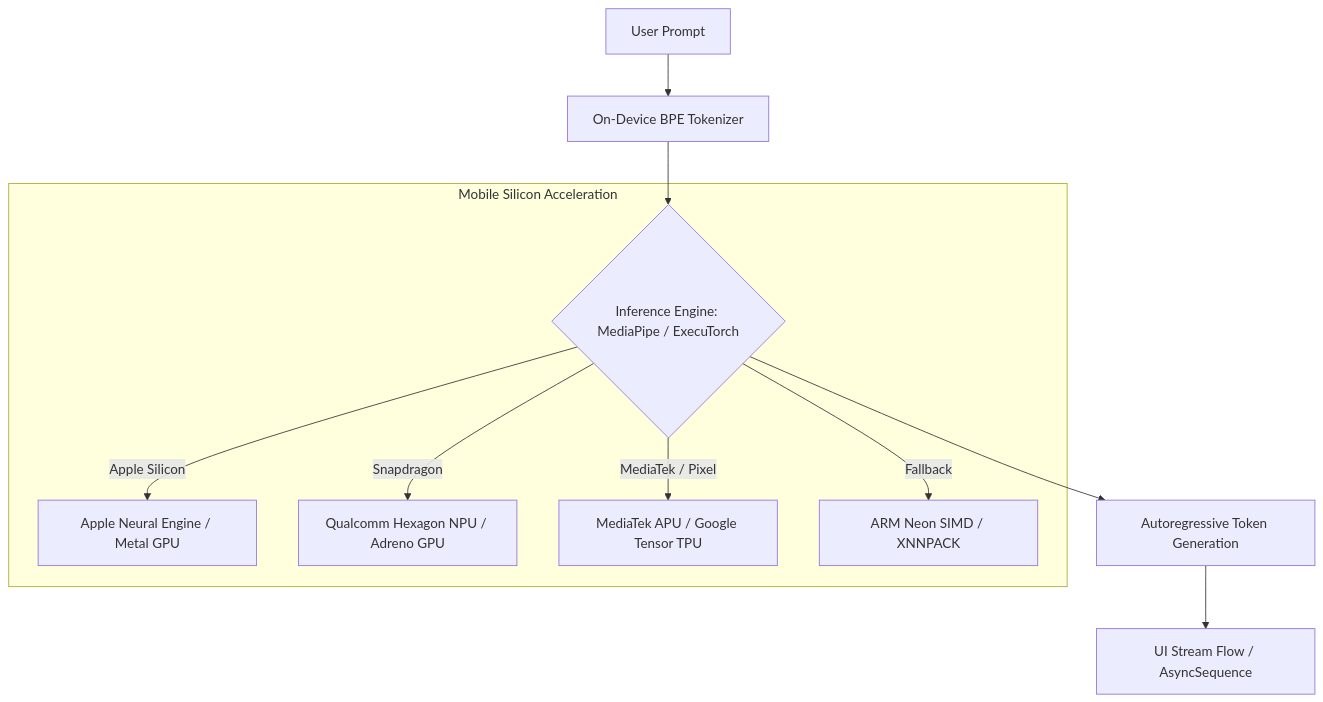
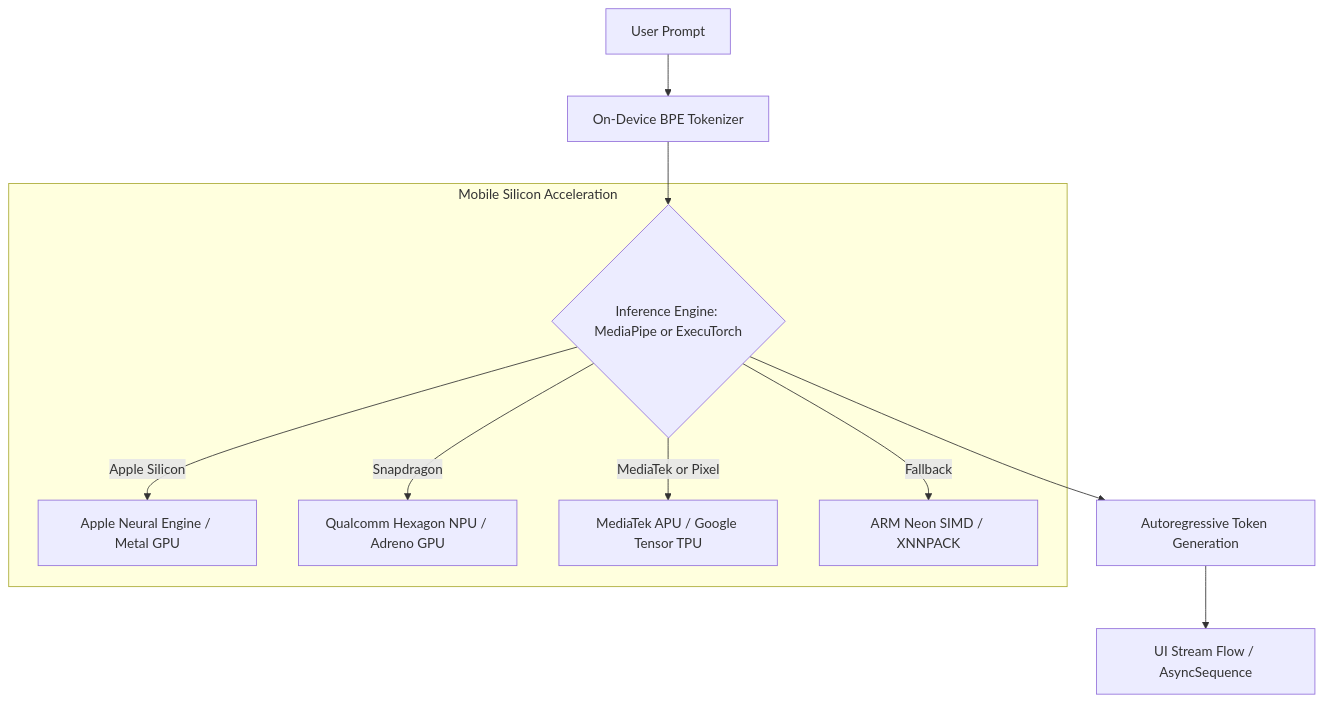
One commit to vennamprasad/awesome-mobile-interviews changed the diagram in engineering/growth-and-internals/06_Local_LLMs_On_Device.md. Above: the diagram before and after it, drawn with Mermaid. The commit also changed 7 other files, not shown here.

Commit message:
fix(growth-and-internals): resolve Mermaid diagram syntax and quoting for GitHub rich display

````diff
--- a/engineering/growth-and-internals/06_Local_LLMs_On_Device.md
+++ b/engineering/growth-and-internals/06_Local_LLMs_On_Device.md
@@ -18,15 +18,15 @@
 ```mermaid
 graph TD
-    UserQuery[User Prompt] --> Tokenizer[On-Device BPE Tokenizer]
-    Tokenizer --> Engine{Inference Engine: MediaPipe / ExecuTorch}
+    UserQuery["User Prompt"] --> Tokenizer["On-Device BPE Tokenizer"]
+    Tokenizer --> Engine{"Inference Engine: MediaPipe or ExecuTorch"}
     
-    subgraph Mobile Silicon Acceleration
-        Engine -->|Apple Silicon| ANE[Apple Neural Engine / Metal GPU]
-        Engine -->|Snapdragon| NPU[Qualcomm Hexagon NPU / Adreno GPU]
-        Engine -->|MediaTek / Pixel| TPU[MediaTek APU / Google Tensor TPU]
-        Engine -->|Fallback| CPU[ARM Neon SIMD / XNNPACK]
+    subgraph "Mobile Silicon Acceleration"
+        Engine -->|"Apple Silicon"| ANE["Apple Neural Engine / Metal GPU"]
+        Engine -->|"Snapdragon"| NPU["Qualcomm Hexagon NPU / Adreno GPU"]
+        Engine -->|"MediaTek or Pixel"| TPU["MediaTek APU / Google Tensor TPU"]
+        Engine -->|"Fallback"| CPU["ARM Neon SIMD / XNNPACK"]
     end
 
-    Engine --> Decoder[Autoregressive Token Generation]
-    Decoder --> Stream[UI Stream Flow / AsyncSequence]
+    Engine --> Decoder["Autoregressive Token Generation"]
+    Decoder --> Stream["UI Stream Flow / AsyncSequence"]
 ```
````
